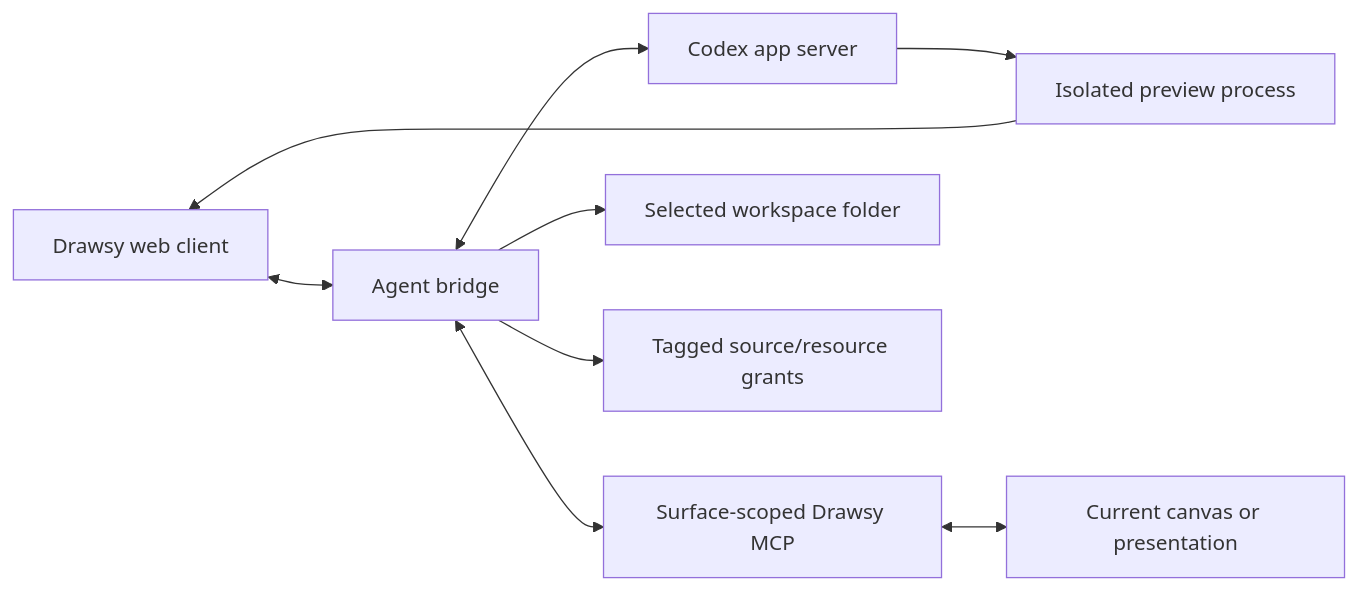
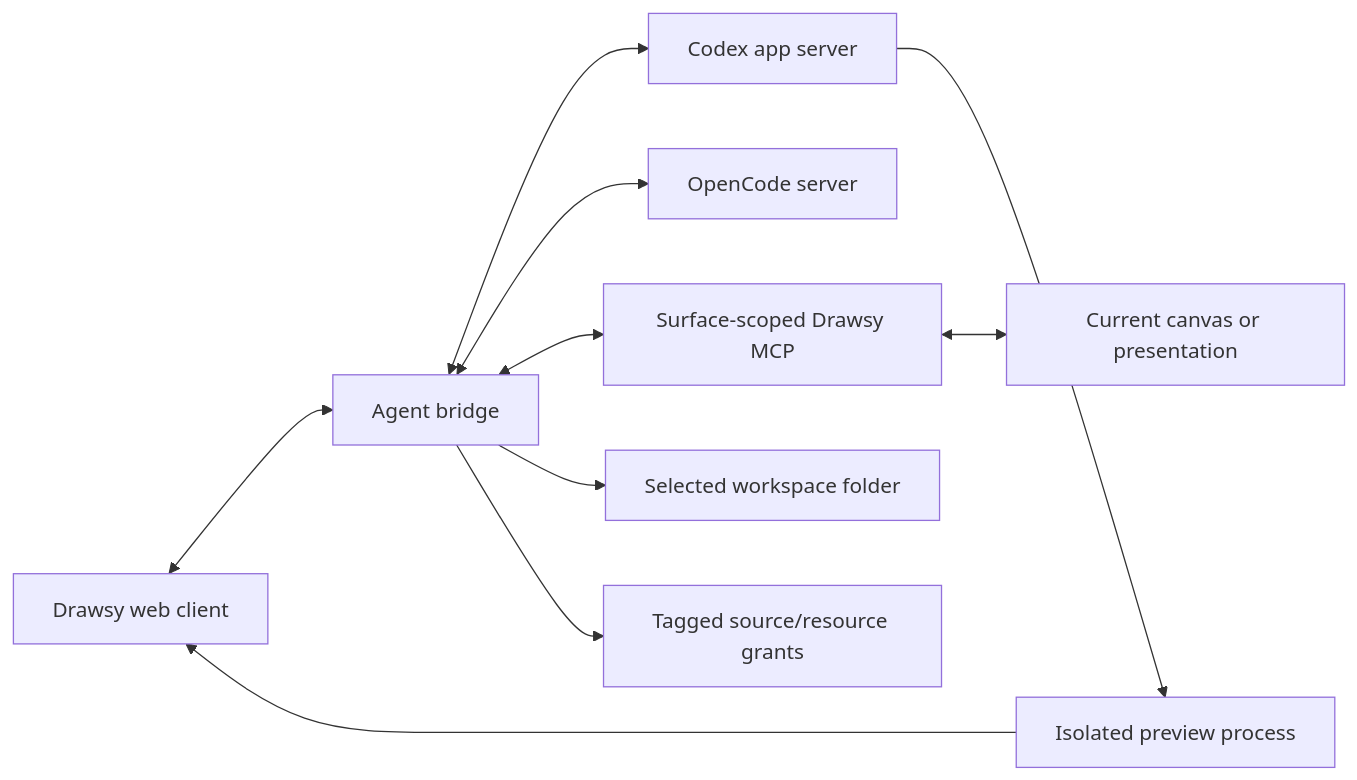
The diagram in README.md (adarshnagrikar14/drawsy-ai-mcp), drawn with Mermaid before and after one commit. The commit also changed other lines of this file and 3 other files, not shown here.

Commit message:
feat: implement bubblewrap linux sandboxing and process group isolation for OpenCode

````diff
--- a/README.md
+++ b/README.md
@@ -9,11 +9,12 @@
 ```mermaid
 flowchart LR
   Client["Drawsy web client"] <--> Bridge["Agent bridge"]
   Bridge <--> Codex["Codex app server"]
+  Bridge <--> OpenCode["OpenCode server"]
   Bridge <--> MCP["Surface-scoped Drawsy MCP"]
   MCP <--> Surface["Current canvas or presentation"]
   Bridge --> Folder["Selected workspace folder"]
   Bridge --> Grants["Tagged source/resource grants"]
   Codex --> Preview["Isolated preview process"]
   Preview --> Client
 ```
````
